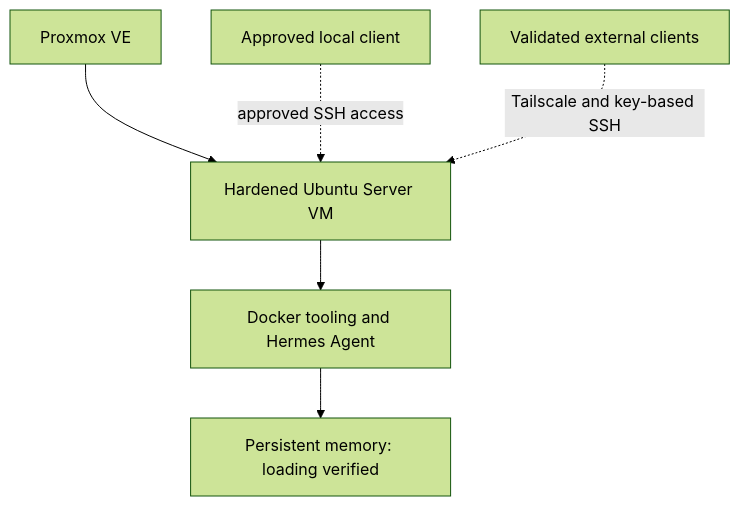
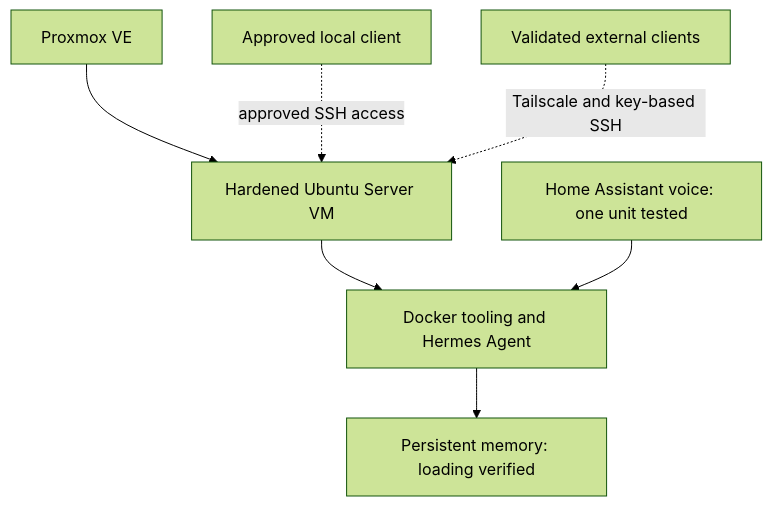
One commit to DeadPol8789/homelab changed the diagram in docs/hermes-agent-deployment.md. Above: the diagram before and after it, drawn with Mermaid (forest theme). The commit also changed other lines of this file and 8 other files, not shown here.

````diff
--- a/docs/hermes-agent-deployment.md
+++ b/docs/hermes-agent-deployment.md
@@ -44,8 +47,9 @@
 ```mermaid
 flowchart TD
     PVE["Proxmox VE"] --> VM["Hardened Ubuntu Server VM"]
     CLIENT["Approved local client"] -. "approved SSH access" .-> VM
     REMOTE["Validated external clients"] -. "Tailscale and key-based SSH" .-> VM
     VM --> PLATFORM["Docker tooling and Hermes Agent"]
     PLATFORM --> MEMORY["Persistent memory: loading verified"]
+    VOICE["Home Assistant voice: one unit tested"] --> PLATFORM
 ```
````
